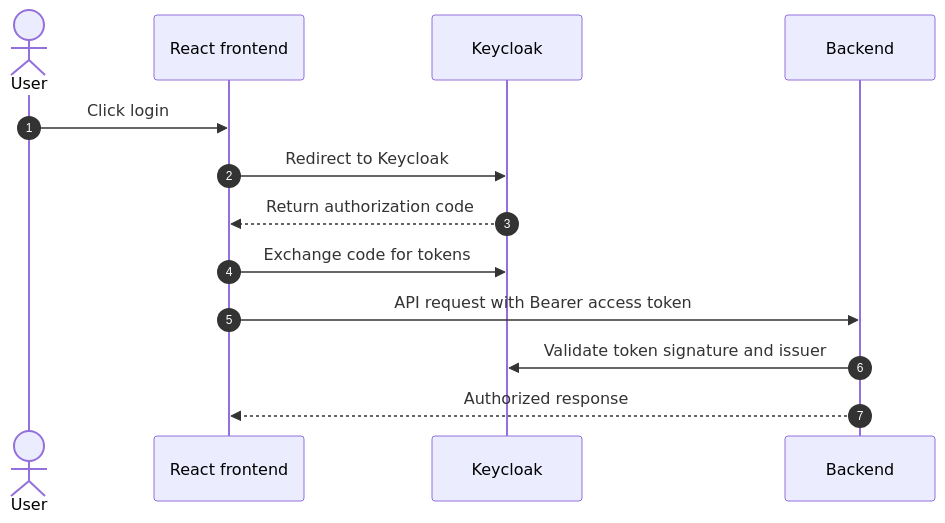
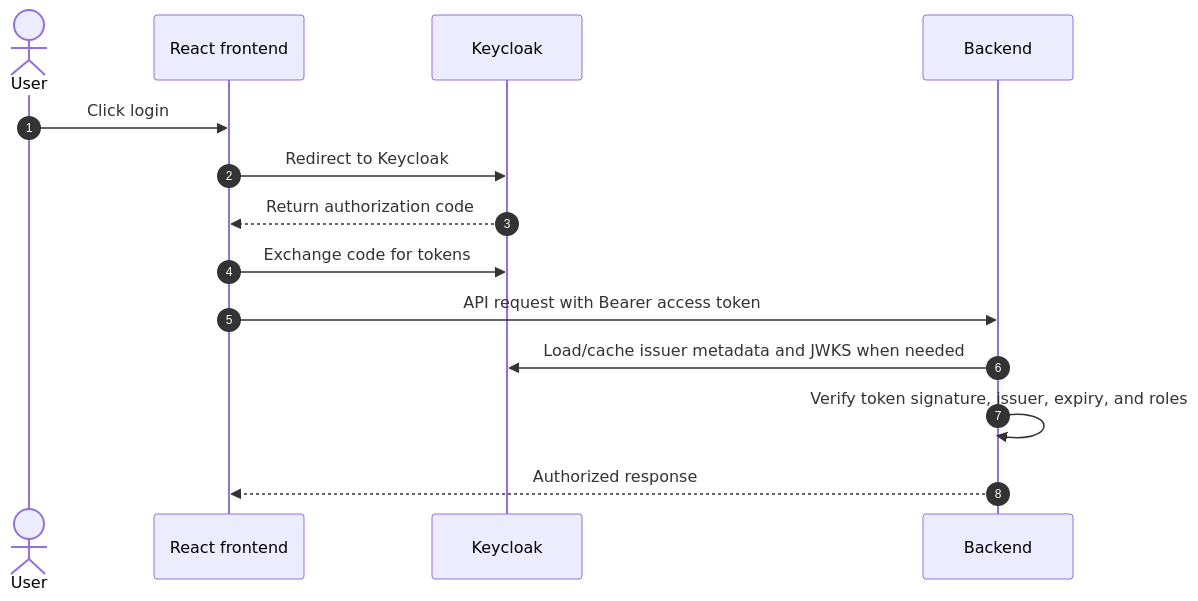
Before and after one commit to PhamVanMinhBinhThuan/soc-ai-search: the diagram in docs/auth-onboarding.md, drawn with Mermaid. The commit also changed other lines of this file and 11 other files, not shown here.

````diff
--- a/docs/auth-onboarding.md
+++ b/docs/auth-onboarding.md
@@ -41,16 +41,17 @@
 ```mermaid
 sequenceDiagram
     autonumber
     actor User
     participant FE as React frontend
     participant KC as Keycloak
     participant BE as Backend
 
     User->>FE: Click login
     FE->>KC: Redirect to Keycloak
     KC-->>FE: Return authorization code
     FE->>KC: Exchange code for tokens
     FE->>BE: API request with Bearer access token
-    BE->>KC: Validate token signature and issuer
+    BE->>KC: Load/cache issuer metadata and JWKS when needed
+    BE->>BE: Verify token signature, issuer, expiry, and roles
     BE-->>FE: Authorized response
 ```
````
